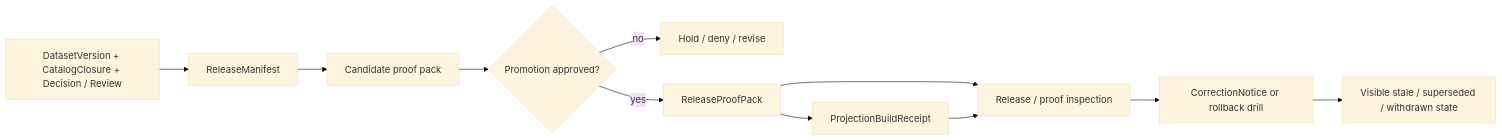
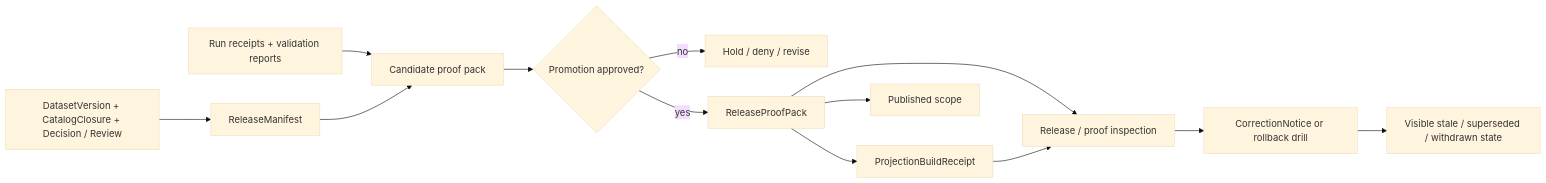
Before and after one commit to bartytime4life/Kansas-Frontier-Matrix: the diagram in data/proofs/README.md, drawn with Mermaid (base theme). The commit also changed other lines of this file, not shown here.

````diff
--- a/data/proofs/README.md
+++ b/data/proofs/README.md
@@ -270,16 +320,18 @@
 ```mermaid
 flowchart LR
+    R[Run receipts + validation reports] --> C[Candidate proof pack]
     A[DatasetVersion + CatalogClosure + Decision / Review] --> B[ReleaseManifest]
-    B --> C[Candidate proof pack]
+    B --> C
     C --> D{Promotion approved?}
 
     D -- no --> E[Hold / deny / revise]
     D -- yes --> F[ReleaseProofPack]
 
     F --> G[ProjectionBuildReceipt]
     F --> H[Release / proof inspection]
     G --> H
 
     H --> I[CorrectionNotice or rollback drill]
     I --> J[Visible stale / superseded / withdrawn state]
+    F --> P[Published scope]
 ```
````
